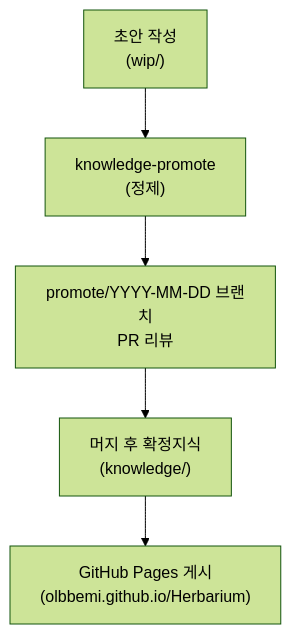
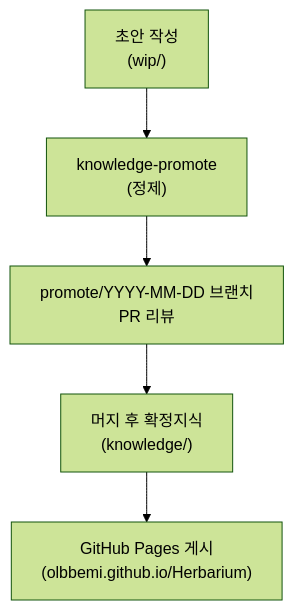
Before and after one commit to Olbbemi/Herbarium: the diagram in README.md, drawn with Mermaid (forest theme).

Commit message:
docs: README 지식 흐름 다이어그램 노드 줄바꿈 폭 조정
mermaid wrappingWidth 를 400 으로 높여 promote 브랜치 노드 라벨이
한 줄로 유지되도록 함

````diff
--- a/README.md
+++ b/README.md
@@ -33,7 +33,8 @@
 ```mermaid
+%%{init: {'flowchart': {'wrappingWidth': 400}}}%%
 flowchart TD
     A["초안 작성<br/>(wip/)"] --> B["knowledge-promote<br/>(정제)"]
     B --> C["promote/YYYY-MM-DD 브랜치<br/>PR 리뷰"]
     C --> D["머지 후 확정지식<br/>(knowledge/)"]
     D --> E["GitHub Pages 게시<br/>(olbbemi.github.io/Herbarium)"]
 ```
````
